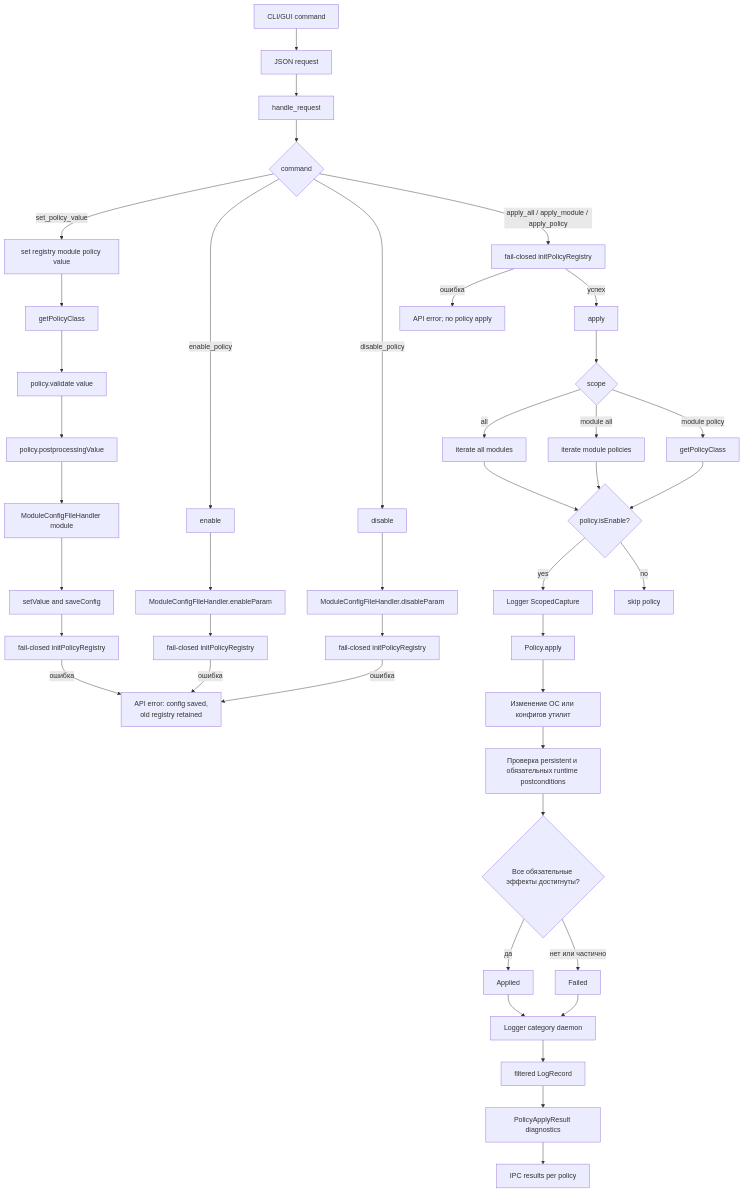
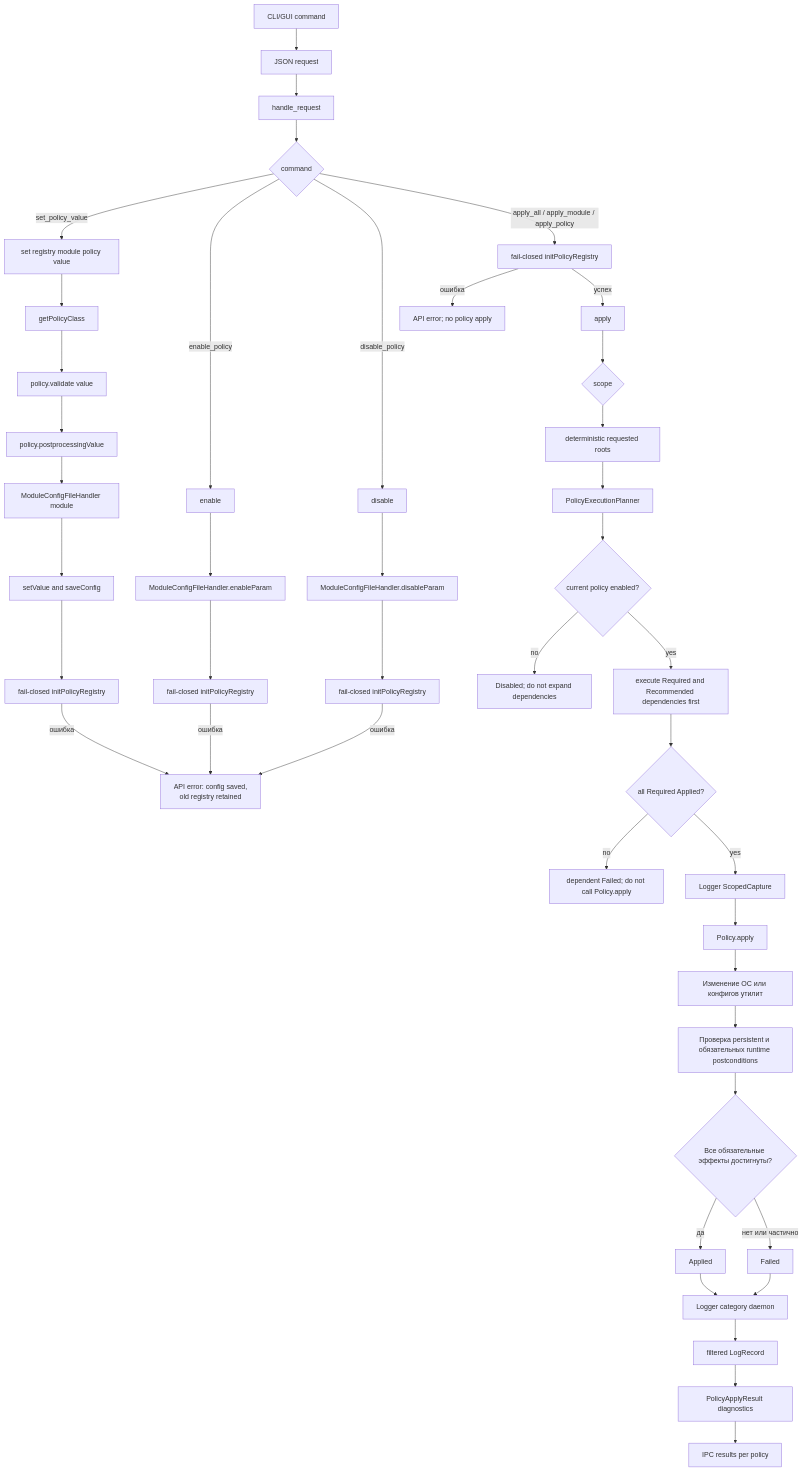
The eighth of 20 diagrams in docs/architecture-diagrams.md (RevoltStar/FIC), drawn with Mermaid before and after one commit. The commit also changed other lines of this file and 22 other files, not shown here.

````diff
--- a/docs/architecture-diagrams.md
+++ b/docs/architecture-diagrams.md
@@ -321,50 +321,50 @@
 ```mermaid
 flowchart TD
     clientCommand[CLI/GUI command] --> json[JSON request]
     json --> router[handle_request]
 
     router --> commandType{command}
 
     commandType -->|set_policy_value| setFn[set registry module policy value]
     setFn --> getPolicy[getPolicyClass]
     getPolicy --> validate[policy.validate value]
     validate --> postprocess[policy.postprocessingValue]
     postprocess --> moduleConfig[ModuleConfigFileHandler module]
     moduleConfig --> saveValue[setValue and saveConfig]
     saveValue --> reloadAfterSet[fail-closed initPolicyRegistry]
     reloadAfterSet -->|ошибка| savedButNotLoaded[API error: config saved,<br/>old registry retained]
 
     commandType -->|enable_policy| enableFn[enable]
     enableFn --> enableConfig[ModuleConfigFileHandler.enableParam]
     enableConfig --> reloadAfterEnable[fail-closed initPolicyRegistry]
     reloadAfterEnable -->|ошибка| savedButNotLoaded
 
     commandType -->|disable_policy| disableFn[disable]
     disableFn --> disableConfig[ModuleConfigFileHandler.disableParam]
     disableConfig --> reloadAfterDisable[fail-closed initPolicyRegistry]
     reloadAfterDisable -->|ошибка| savedButNotLoaded
 
     commandType -->|apply_all / apply_module / apply_policy| reloadBeforeApply[fail-closed initPolicyRegistry]
     reloadBeforeApply -->|ошибка| applyRejected[API error; no policy apply]
     reloadBeforeApply -->|успех| apply[apply]
     apply --> chooseScope{scope}
-    chooseScope -->|all| allModules[iterate all modules]
-    chooseScope -->|module all| oneModule[iterate module policies]
-    chooseScope -->|module policy| onePolicy[getPolicyClass]
-    allModules --> enabledOnly{policy.isEnable?}
-    oneModule --> enabledOnly
-    onePolicy --> enabledOnly
-    enabledOnly -->|yes| capture[Logger ScopedCapture]
-    enabledOnly -->|no| skip[skip policy]
+    chooseScope --> roots[deterministic requested roots]
+    roots --> planner[PolicyExecutionPlanner]
+    planner --> enabledOnly{current policy enabled?}
+    enabledOnly -->|no| skip[Disabled; do not expand dependencies]
+    enabledOnly -->|yes| dependencies[execute Required and Recommended dependencies first]
+    dependencies --> requiredOk{all Required Applied?}
+    requiredOk -->|no| blocked[dependent Failed; do not call Policy.apply]
+    requiredOk -->|yes| capture[Logger ScopedCapture]
     capture --> caf[Policy.apply]
     caf --> osChange[Изменение ОС или конфигов утилит]
     osChange --> verify[Проверка persistent и обязательных runtime postconditions]
     verify --> cafResult{Все обязательные эффекты достигнуты?}
     cafResult -->|да| applied[Applied]
     cafResult -->|нет или частично| failed[Failed]
     applied --> log[Logger category daemon]
     failed --> log
     log --> diagnostic[filtered LogRecord]
     diagnostic --> result[PolicyApplyResult diagnostics]
     result --> response[IPC results per policy]
 ```
````
